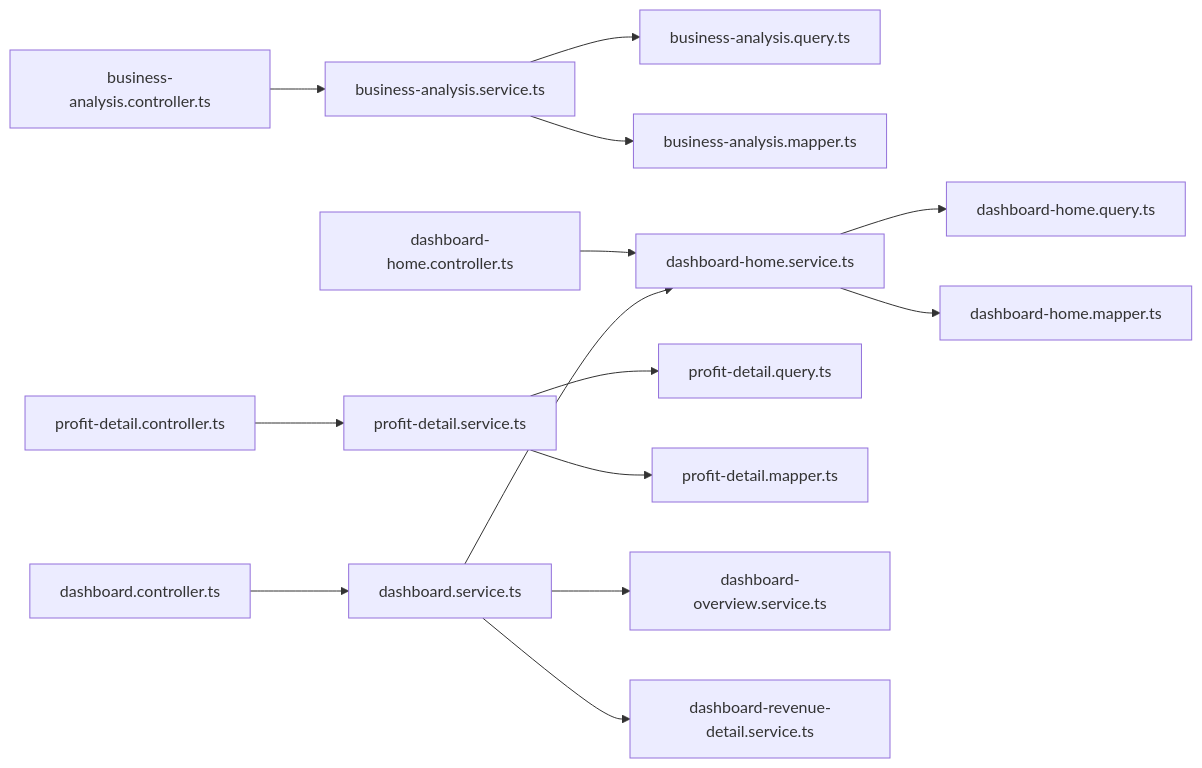
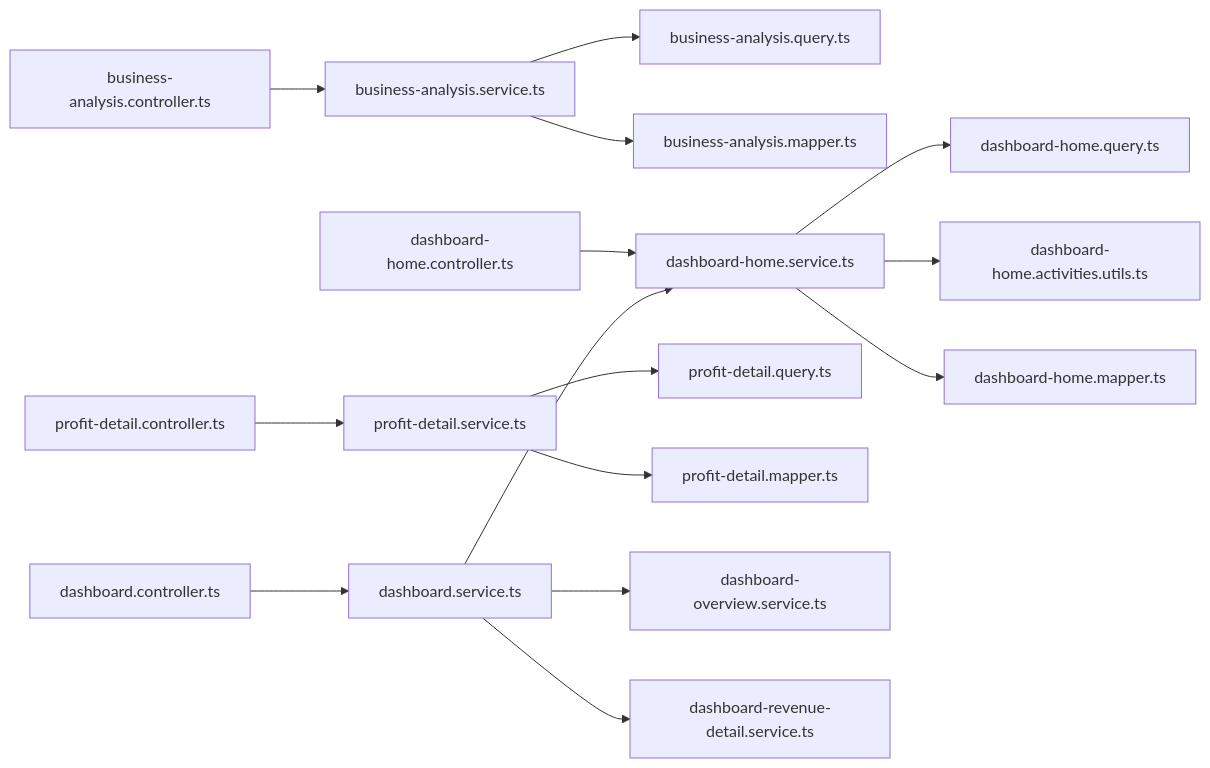
One commit to rc558620/purelyprofit-server changed the seventh of 7 diagrams in .qoder/repowiki/zh/content/API 接口文档/仪表板分析接口.md. Above: the diagram before and after it, drawn with Mermaid. The commit also changed other lines of this file and 65 other files, not shown here.

````diff
--- a/.qoder/repowiki/zh/content/API 接口文档/仪表板分析接口.md
+++ b/.qoder/repowiki/zh/content/API 接口文档/仪表板分析接口.md
@@ -324,16 +408,17 @@
 ```mermaid
 graph LR
 BA_C["business-analysis.controller.ts"] --> BA_S["business-analysis.service.ts"]
 BA_S --> BA_Q["business-analysis.query.ts"]
 BA_S --> BA_M["business-analysis.mapper.ts"]
 DH_C["dashboard-home.controller.ts"] --> DH_S["dashboard-home.service.ts"]
 DH_S --> DH_Q["dashboard-home.query.ts"]
+DH_S --> DH_U["dashboard-home.activities.utils.ts"]
 DH_S --> DH_M["dashboard-home.mapper.ts"]
 PD_C["profit-detail.controller.ts"] --> PD_S["profit-detail.service.ts"]
 PD_S --> PD_Q["profit-detail.query.ts"]
 PD_S --> PD_M["profit-detail.mapper.ts"]
 PDC_C["dashboard.controller.ts"] --> PDC_S["dashboard.service.ts"]
 PDC_S --> DH_S
 PDC_S --> DOV["dashboard-overview.service.ts"]
 PDC_S --> DRD["dashboard-revenue-detail.service.ts"]
 ```
````
